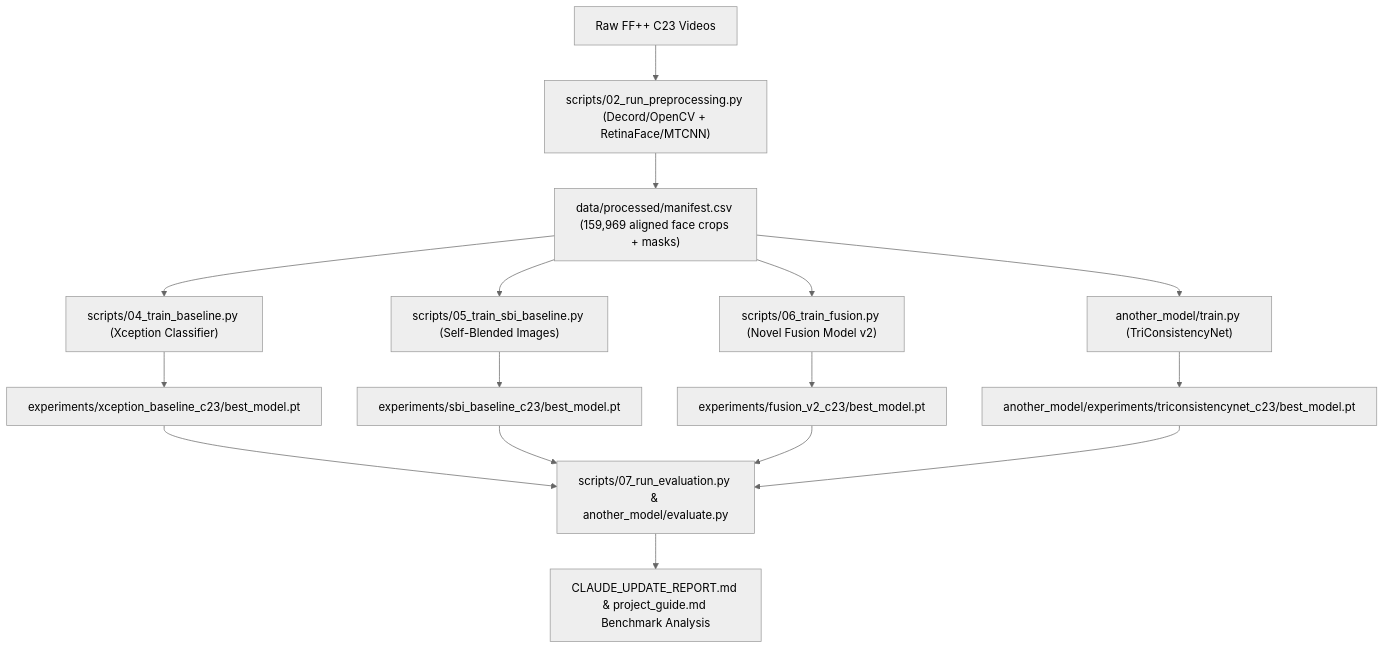
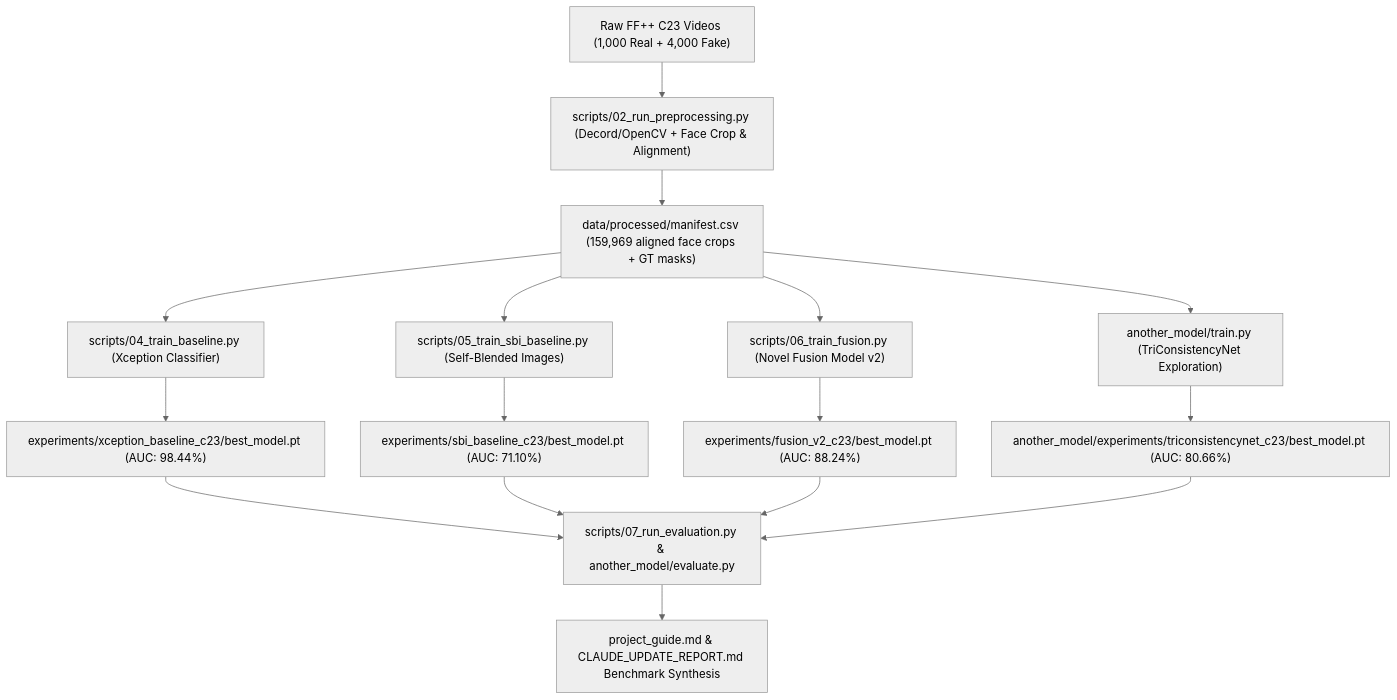
One commit to shashank-singh-singhania/deepfake-detection-research changed the diagram in project_guide.md. Above: the diagram before and after it, drawn with Mermaid (neutral theme). The commit also changed other lines of this file, not shown here.

Commit message:
docs: expand project_guide.md with beginner-friendly explanations, key ML terms, literature matrix breakdown, engineering fix explanations, and metrics definitions

````diff
--- a/project_guide.md
+++ b/project_guide.md
@@ -68,18 +80,18 @@
 ```mermaid
 flowchart TD
-    A["Raw FF++ C23 Videos"] --> B["scripts/02_run_preprocessing.py (Decord/OpenCV + RetinaFace/MTCNN)"]
-    B --> C["data/processed/manifest.csv (159,969 aligned face crops + masks)"]
+    A["Raw FF++ C23 Videos (1,000 Real + 4,000 Fake)"] --> B["scripts/02_run_preprocessing.py (Decord/OpenCV + Face Crop & Alignment)"]
+    B --> C["data/processed/manifest.csv (159,969 aligned face crops + GT masks)"]
     
     C --> D1["scripts/04_train_baseline.py (Xception Classifier)"]
     C --> D2["scripts/05_train_sbi_baseline.py (Self-Blended Images)"]
     C --> D3["scripts/06_train_fusion.py (Novel Fusion Model v2)"]
-    C --> D4["another_model/train.py (TriConsistencyNet)"]
+    C --> D4["another_model/train.py (TriConsistencyNet Exploration)"]
     
-    D1 --> E1["experiments/xception_baseline_c23/best_model.pt"]
-    D2 --> E2["experiments/sbi_baseline_c23/best_model.pt"]
-    D3 --> E3["experiments/fusion_v2_c23/best_model.pt"]
-    D4 --> E4["another_model/experiments/triconsistencynet_c23/best_model.pt"]
+    D1 --> E1["experiments/xception_baseline_c23/best_model.pt (AUC: 98.44%)"]
+    D2 --> E2["experiments/sbi_baseline_c23/best_model.pt (AUC: 71.10%)"]
+    D3 --> E3["experiments/fusion_v2_c23/best_model.pt (AUC: 88.24%)"]
+    D4 --> E4["another_model/experiments/triconsistencynet_c23/best_model.pt (AUC: 80.66%)"]
     
     E1 & E2 & E3 & E4 --> F["scripts/07_run_evaluation.py & another_model/evaluate.py"]
-    F --> G["CLAUDE_UPDATE_REPORT.md & project_guide.md Benchmark Analysis"]
+    F --> G["project_guide.md & CLAUDE_UPDATE_REPORT.md Benchmark Synthesis"]
 ```
````
